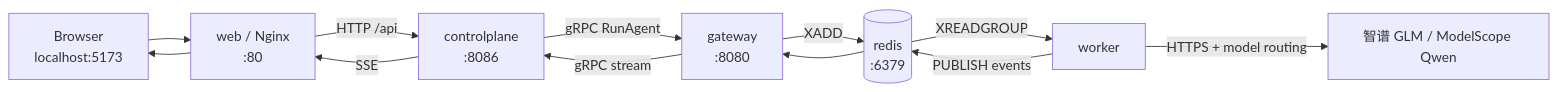
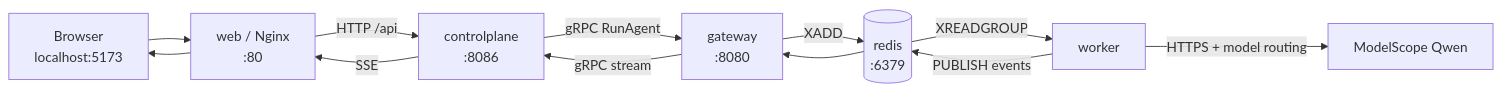
One commit to wzhnbsixsixsix/AI-Agent-Cloud-Runtime changed the diagram in docs/CONTAINER_NETWORKING.md. Above: the diagram before and after it, drawn with Mermaid. The commit also changed 35 other files, not shown here.

````diff
--- a/docs/CONTAINER_NETWORKING.md
+++ b/docs/CONTAINER_NETWORKING.md
@@ -46,14 +46,14 @@
 ```mermaid
 flowchart LR
   Browser["Browser<br/>localhost:5173"] --> Web["web / Nginx<br/>:80"]
   Web -->|"HTTP /api"| CP["controlplane<br/>:8086"]
   CP -->|"gRPC RunAgent"| GW["gateway<br/>:8080"]
   GW -->|"XADD"| Redis[("redis<br/>:6379")]
   Redis -->|"XREADGROUP"| Worker["worker"]
-  Worker -->|"HTTPS + model routing"| LLM["智谱 GLM / ModelScope Qwen"]
+  Worker -->|"HTTPS + model routing"| LLM["ModelScope Qwen"]
   Worker -->|"PUBLISH events"| Redis
   Redis --> GW
   GW -->|"gRPC stream"| CP
   CP -->|"SSE"| Web
   Web --> Browser
 ```
````
